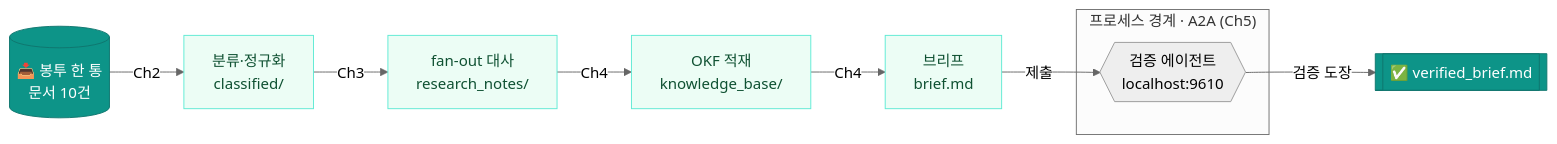
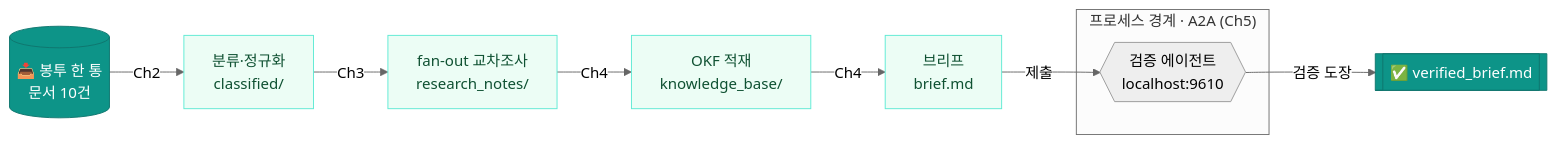
Before and after one commit to Yo-sure/deepagents-handson: the first of 4 diagrams in books/md/Chapter 6. 통합 Demo와 Wrap-up.md, drawn with Mermaid (neutral theme). The commit also changed other lines of this file and 1 other file, not shown here.

First line of the commit message:
Ch6 패널 반영(우호74·중립92·적대79→Phase2): 매트릭스 Ch6열 ✓재사용·폰 axis sticky, 스택 화살표 방향+Ch2 주석, 평가표 출발점 단서, fan-out 교차조사 통일, mock 병기·검증값 단서, 데이터 변신 시각화(쿠팡 5산출물)

````diff
--- a/books/md/Chapter 6. 통합 Demo와 Wrap-up.md
+++ b/books/md/Chapter 6. 통합 Demo와 Wrap-up.md
@@ -76,17 +76,17 @@
 ```mermaid
 flowchart LR
   IN[("📥 봉투 한 통<br/>문서 10건")]
   IN -->|Ch2| C["분류·정규화<br/>classified/"]
-  C -->|Ch3| R["fan-out 대사<br/>research_notes/"]
+  C -->|Ch3| R["fan-out 교차조사<br/>research_notes/"]
   R -->|Ch4| K["OKF 적재<br/>knowledge_base/"]
   K -->|Ch4| B["브리프<br/>brief.md"]
   subgraph EXT ["프로세스 경계 · A2A (Ch5)"]
     V{{"검증 에이전트<br/>localhost:9610"}}
   end
   B -->|제출| V
   V -->|검증 도장| OUT[["✅ verified_brief.md"]]
   classDef io fill:#0d9488,stroke:#0f766e,color:#fff;
   classDef step fill:#ecfdf5,stroke:#5eead4,color:#0f5132;
   class IN,OUT io;
   class C,R,K,B step;
 ```
````
